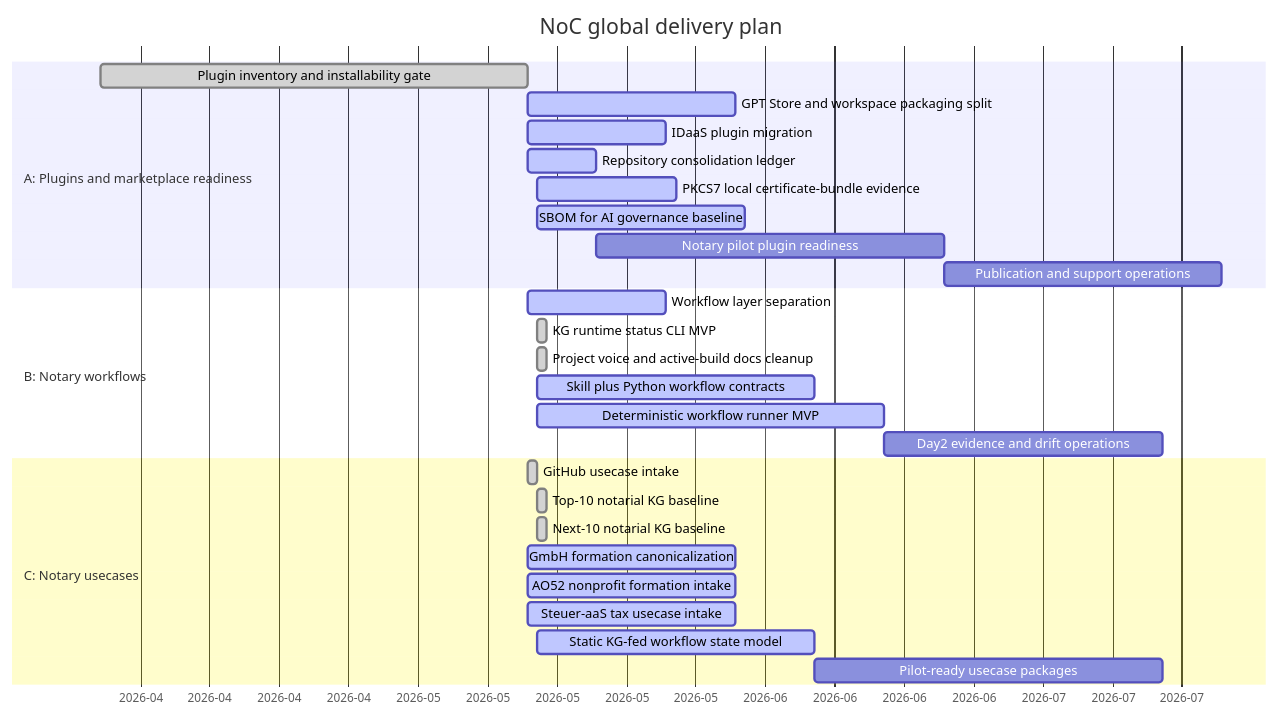
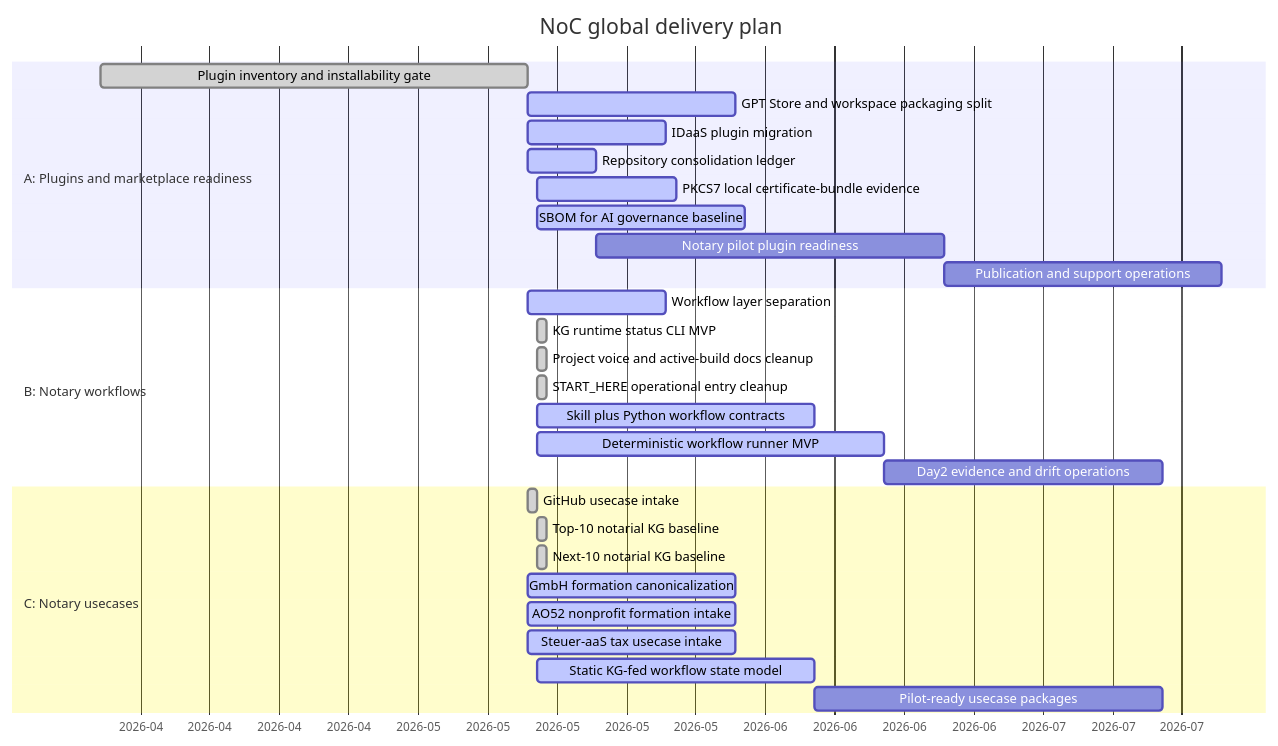
Before and after one commit to notariat8/NaC: the diagram in roadmap/GANTT.md, drawn with Mermaid. The commit also changed other lines of this file and 2 other files, not shown here.

Commit message:
Clarify START_HERE as operational entry path

````diff
--- a/roadmap/GANTT.md
+++ b/roadmap/GANTT.md
@@ -12,34 +12,35 @@
 ```mermaid
 gantt
     title NoC global delivery plan
     dateFormat  YYYY-MM-DD
     axisFormat  %Y-%m
 
     section A: Plugins and marketplace readiness
     Plugin inventory and installability gate     :done,    a1, 2026-04-01, 2026-05-14
     GPT Store and workspace packaging split      :active,  a2, 2026-05-14, 21d
     IDaaS plugin migration                       :active,  a3, 2026-05-14, 14d
     Repository consolidation ledger              :active,  a4, 2026-05-14, 7d
     PKCS7 local certificate-bundle evidence      :active,  a4a, 2026-05-15, 14d
     SBOM for AI governance baseline              :active,  a4b, 2026-05-15, 21d
     Notary pilot plugin readiness                :         a5, after a4, 35d
     Publication and support operations           :         a6, after a5, 28d
 
     section B: Notary workflows
     Workflow layer separation                    :active,  b1, 2026-05-14, 14d
     KG runtime status CLI MVP                    :done,    b1a, 2026-05-15, 1d
     Project voice and active-build docs cleanup  :done,    b1b, 2026-05-15, 1d
+    START_HERE operational entry cleanup         :done,    b1c, 2026-05-15, 1d
     Skill plus Python workflow contracts         :active,  b2, 2026-05-15, 28d
     Deterministic workflow runner MVP            :active,  b3, 2026-05-15, 35d
     Day2 evidence and drift operations           :         b4, after b3, 28d
 
     section C: Notary usecases
     GitHub usecase intake                        :done,    c1, 2026-05-14, 1d
     Top-10 notarial KG baseline                  :done,    c2, 2026-05-15, 1d
     Next-10 notarial KG baseline                 :done,    c3, 2026-05-15, 1d
     GmbH formation canonicalization              :active,  c4, 2026-05-14, 21d
     AO52 nonprofit formation intake              :active,  c5, 2026-05-14, 21d
     Steuer-aaS tax usecase intake                :active,  c6, 2026-05-14, 21d
     Static KG-fed workflow state model           :active,  c7, 2026-05-15, 28d
     Pilot-ready usecase packages                 :         c8, after c7, 35d
 ```
````
